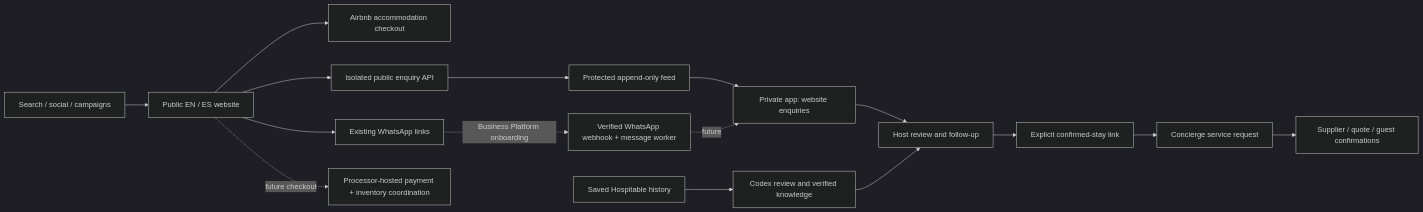
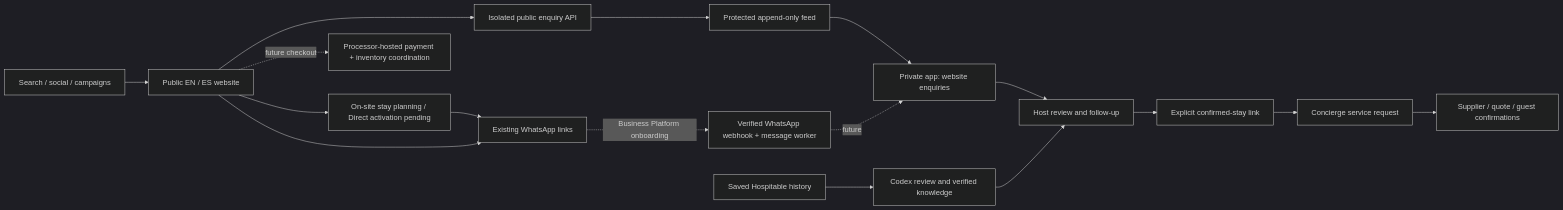
The diagram in docs/GROWTH_ENGINE.md (dashdigitaldd/whiteswan-website), drawn with Mermaid (dark theme) before and after one commit. The commit also changed other lines of this file and 17 other files, not shown here.

````diff
--- a/docs/GROWTH_ENGINE.md
+++ b/docs/GROWTH_ENGINE.md
@@ -7,18 +7,19 @@
 ```mermaid
 flowchart LR
   Search[Search / social / campaigns] --> Web[Public EN / ES website]
-  Web --> Airbnb[Airbnb accommodation checkout]
+  Web --> StayPage[On-site stay planning / Direct activation pending]
+  StayPage --> WA
   Web --> Intake[Isolated public enquiry API]
   Web --> WA[Existing WhatsApp links]
   Intake --> Feed[Protected append-only feed]
   Feed --> CRM[Private app: website enquiries]
   CRM --> Review[Host review and follow-up]
   Review --> Stay[Explicit confirmed-stay link]
   Stay --> Ops[Concierge service request]
   Ops --> Supplier[Supplier / quote / guest confirmations]
   Chats[Saved Hospitable history] --> Learning[Codex review and verified knowledge]
   Learning --> Review
   WA -. Business Platform onboarding .-> Webhooks[Verified WhatsApp webhook + message worker]
   Webhooks -. future .-> CRM
   Web -. future checkout .-> Payments[Processor-hosted payment + inventory coordination]
 ```
````
